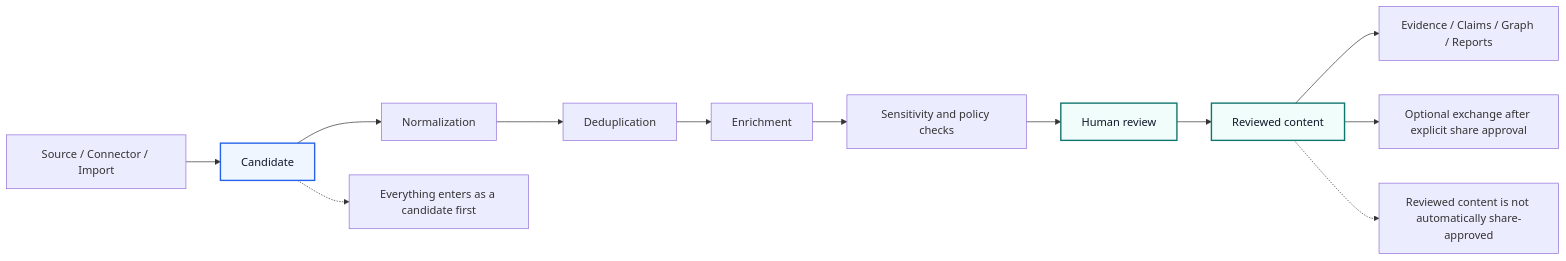
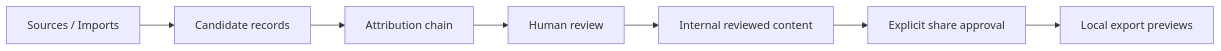
One commit to GJvManen/legolens-core changed the diagram in README.md. Above: the diagram before and after it, drawn with Mermaid. The commit also changed other lines of this file, not shown here.

````diff
--- a/README.md
+++ b/README.md
@@ -39,19 +33,9 @@
 ```mermaid
 flowchart LR
-    A[Source / Connector / Import] --> B[Candidate]
-    B --> C[Normalization]
-    C --> D[Deduplication]
-    D --> E[Enrichment]
-    E --> F[Sensitivity and policy checks]
-    F --> G[Human review]
-    G --> H[Reviewed content]
-    H --> I[Evidence / Claims / Graph / Reports]
-    H --> J[Optional exchange after explicit share approval]
-    B -.-> K[Everything enters as a candidate first]
-    H -.-> L[Reviewed content is not automatically share-approved]
-
-    classDef candidate fill:#eff6ff,stroke:#2563eb,stroke-width:2px,color:#0f172a;
-    classDef review fill:#f0fdfa,stroke:#0f766e,stroke-width:2px,color:#0f172a;
-    class B candidate;
-    class G,H review;
+    S[Sources / Imports] --> C[Candidate records]
+    C --> A[Attribution chain]
+    A --> R[Human review]
+    R --> I[Internal reviewed content]
+    I --> P[Explicit share approval]
+    P --> E[Local export previews]
 ```
````
